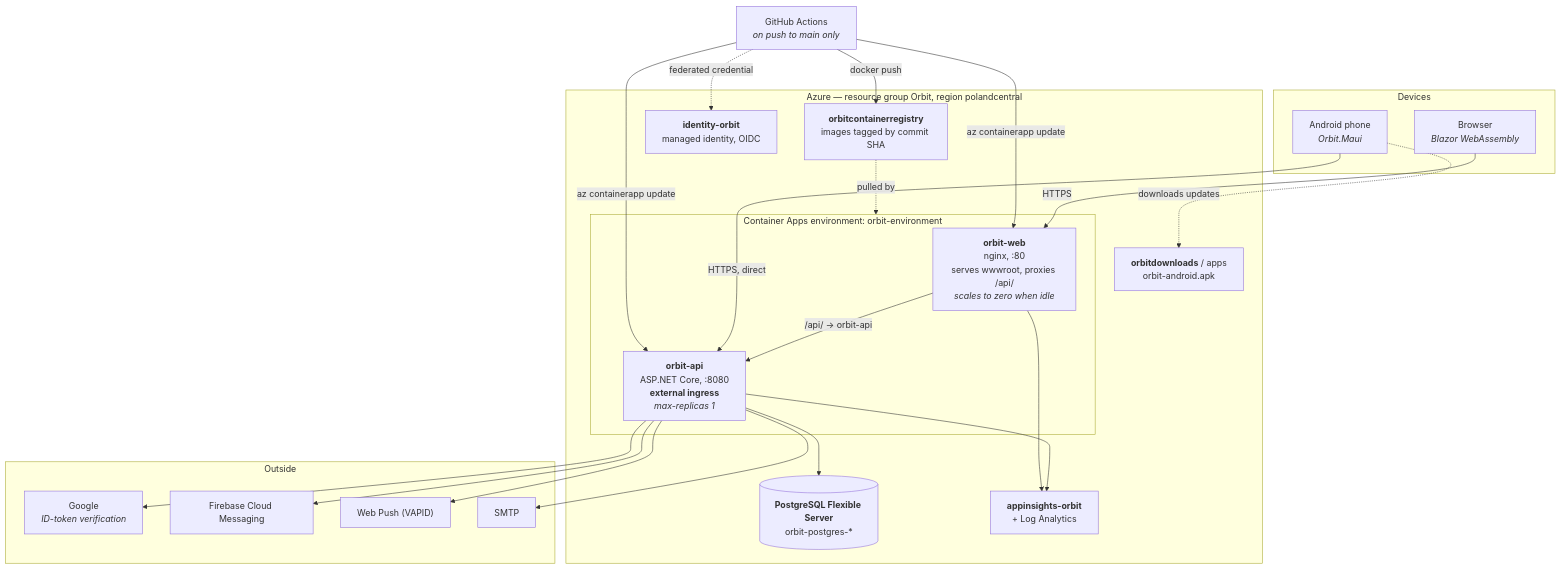
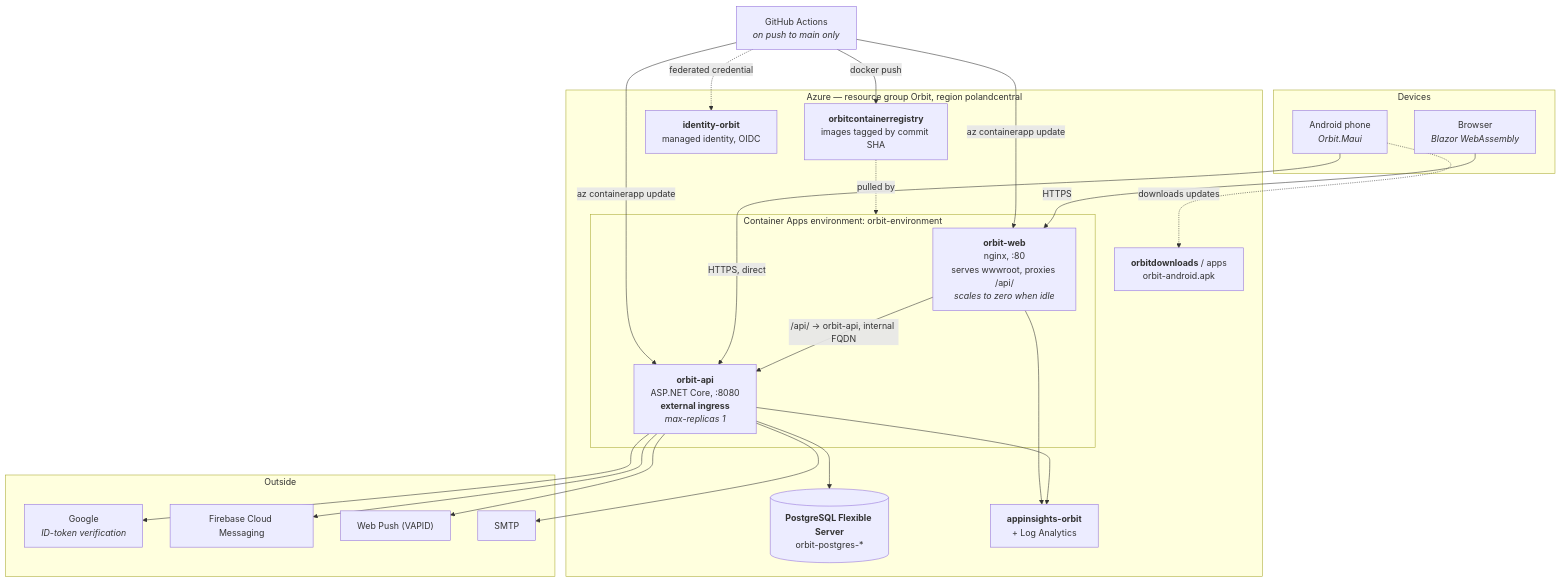
The first of 2 diagrams in info/uml/deployment.md (NorArax-NeflinOwl/orbit), drawn with Mermaid before and after one commit. The commit also changed 6 other files, not shown here.

````diff
--- a/info/uml/deployment.md
+++ b/info/uml/deployment.md
@@ -5,47 +5,47 @@
 ```mermaid
 flowchart TB
     subgraph devices["Devices"]
         browser["Browser<br/><i>Blazor WebAssembly</i>"]
         phone["Android phone<br/><i>Orbit.Maui</i>"]
     end
 
     subgraph azure["Azure — resource group Orbit, region polandcentral"]
         subgraph env["Container Apps environment: orbit-environment"]
             web["<b>orbit-web</b><br/>nginx, :80<br/>serves wwwroot, proxies /api/<br/><i>scales to zero when idle</i>"]
             api["<b>orbit-api</b><br/>ASP.NET Core, :8080<br/><b>external ingress</b><br/><i>max-replicas 1</i>"]
         end
         pg[("<b>PostgreSQL Flexible Server</b><br/>orbit-postgres-*")]
         acr["<b>orbitcontainerregistry</b><br/>images tagged by commit SHA"]
         blob["<b>orbitdownloads</b> / apps<br/>orbit-android.apk"]
         insights["<b>appinsights-orbit</b><br/>+ Log Analytics"]
         identity["<b>identity-orbit</b><br/>managed identity, OIDC"]
     end
 
     subgraph outside["Outside"]
         google["Google<br/><i>ID-token verification</i>"]
         fcm["Firebase Cloud Messaging"]
         vapid["Web Push (VAPID)"]
         smtp["SMTP"]
     end
 
     gh["GitHub Actions<br/><i>on push to main only</i>"]
 
     browser -->|HTTPS| web
-    web -->|"/api/ → orbit-api"| api
+    web -->|"/api/ → orbit-api, internal FQDN"| api
     phone -->|"HTTPS, direct"| api
     phone -.->|downloads updates| blob
 
     api --> pg
     api --> insights
     api --> google
     api --> fcm
     api --> vapid
     api --> smtp
     web --> insights
 
     gh -->|docker push| acr
     gh -->|az containerapp update| web
     gh -->|az containerapp update| api
     gh -.->|federated credential| identity
     acr -.->|pulled by| env
 ```
````
